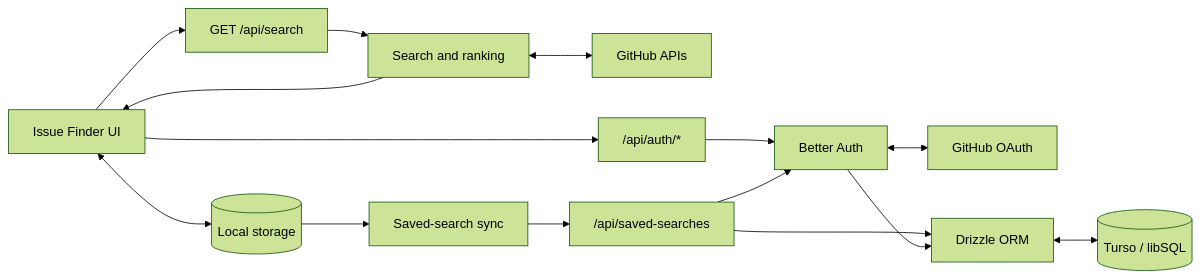
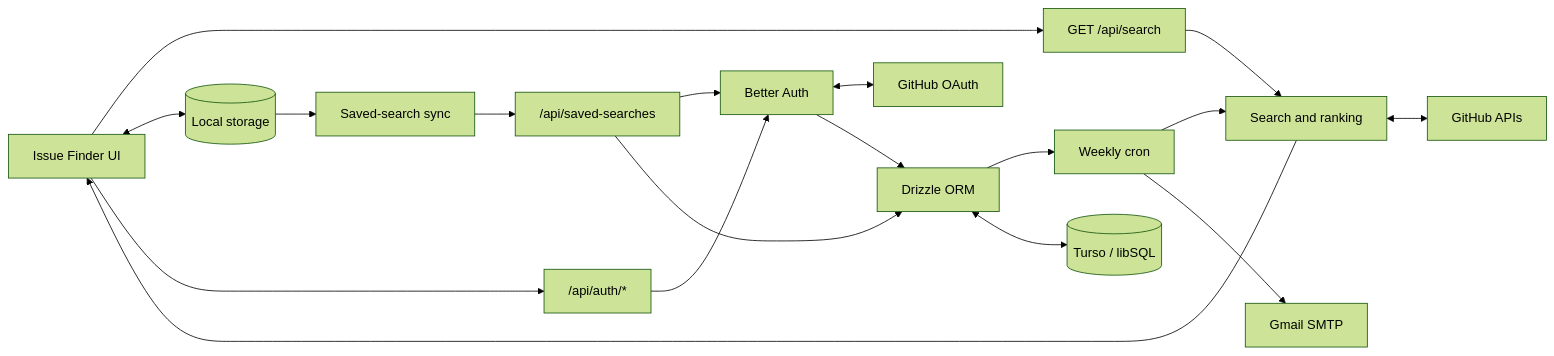
Before and after one commit to PramudithaN/openissue.dev: the diagram in README.md, drawn with Mermaid (forest theme). The commit also changed other lines of this file and 40 other files, not shown here.

````diff
--- a/README.md
+++ b/README.md
@@ -28,19 +30,22 @@
 ```mermaid
 flowchart LR
   UI[Issue Finder UI] --> SearchRoute["GET /api/search"]
   SearchRoute --> SearchService[Search and ranking]
   SearchService <--> GitHubAPI[GitHub APIs]
   SearchService --> UI
 
   UI <--> Local[(Local storage)]
   UI --> AuthRoute["/api/auth/*"]
   AuthRoute --> BetterAuth[Better Auth]
   BetterAuth <--> GitHubOAuth[GitHub OAuth]
 
   Local --> SyncClient[Saved-search sync]
   SyncClient --> SavedRoute["/api/saved-searches"]
   SavedRoute --> BetterAuth
   SavedRoute --> Drizzle[Drizzle ORM]
+  Cron[Weekly cron] --> SearchService
+  Cron --> Email[Gmail SMTP]
+  Drizzle --> Cron
   BetterAuth --> Drizzle
   Drizzle <--> Turso[(Turso / libSQL)]
 ```
````
